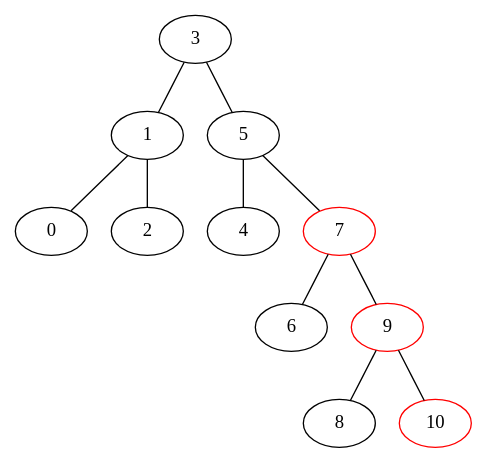
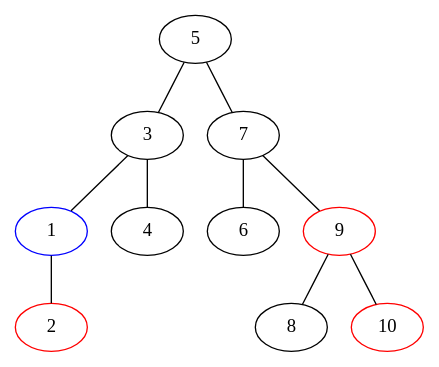
The diagram in exports/test.dot (dgcnz/fully-dynamic-connectivity), drawn with Graphviz before and after one commit. The commit also changed 22 other files, not shown here.

```diff
--- a/exports/test.dot
+++ b/exports/test.dot
@@ -1,30 +1,27 @@
 strict graph {
+5 [color=black ]
 3 [color=black ]
-1 [color=black ]
-0 [color=black ]
-2 [color=black ]
-5 [color=black ]
+1 [color=blue ]
+2 [color=red ]
 4 [color=black ]
-7 [color=red ]
+7 [color=black ]
 6 [color=black ]
 9 [color=red ]
 8 [color=black ]
 10 [color=red ]
 
+5 -- 3
+5 -- 7
 3 -- 1
-3 -- 5
-1 -- 0
+3 -- 4
 1 -- 2
-5 -- 4
-5 -- 7
 7 -- 6
 7 -- 9
 9 -- 8
 9 -- 10
 
-{rank=same; 3; }
-{rank=same; 1; 5; }
-{rank=same; 0; 2; 4; 7; }
-{rank=same; 6; 9; }
-{rank=same; 8; 10; }
+{rank=same; 5; }
+{rank=same; 3; 7; }
+{rank=same; 1; 4; 6; 9; }
+{rank=same; 2; 8; 10; }
 }
```
